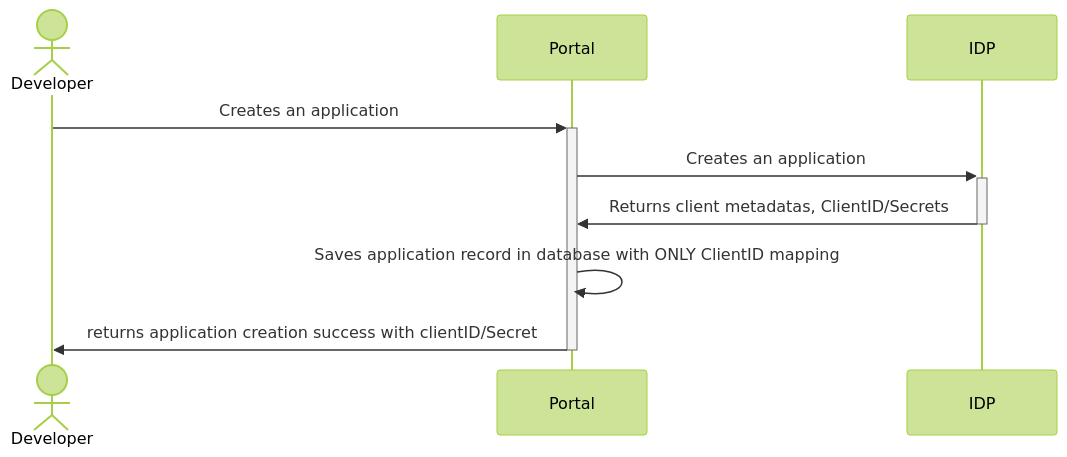
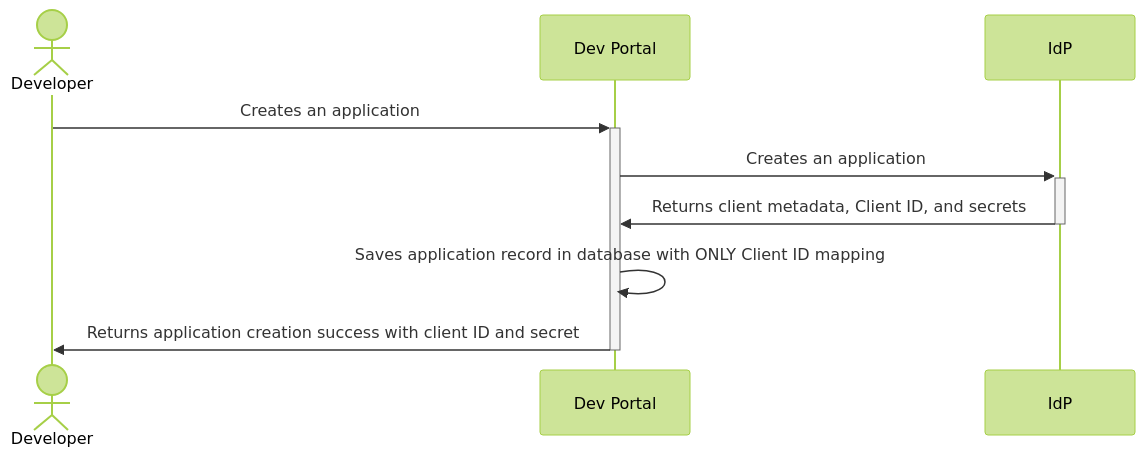
Before and after one commit to Kong/developer.konghq.com: the first of 2 diagrams in app/dev-portal/dynamic-client-registration.md, drawn with Mermaid (forest theme). The commit also changed other lines of this file, not shown here.

```diff
--- a/app/dev-portal/dynamic-client-registration.md
+++ b/app/dev-portal/dynamic-client-registration.md
@@ -68,9 +61,9 @@
 {% mermaid %}
 sequenceDiagram
     actor Developer
-    Developer->> +Portal: Creates an application
-    Portal->>+IDP: Creates an application
-    IDP->>-Portal: Returns client metadatas, ClientID/Secrets
-    Portal->>Portal: Saves application record in database with ONLY ClientID mapping
-    Portal->>-Developer: returns application creation success with clientID/Secret
+    Developer->> +Dev Portal: Creates an application
+    Dev Portal->>+IdP: Creates an application
+    IdP->>-Dev Portal: Returns client metadata, Client ID, and secrets
+    Dev Portal->>Dev Portal: Saves application record in database with ONLY Client ID mapping
+    Dev Portal->>-Developer: Returns application creation success with client ID and secret
 {% endmermaid %}
```
